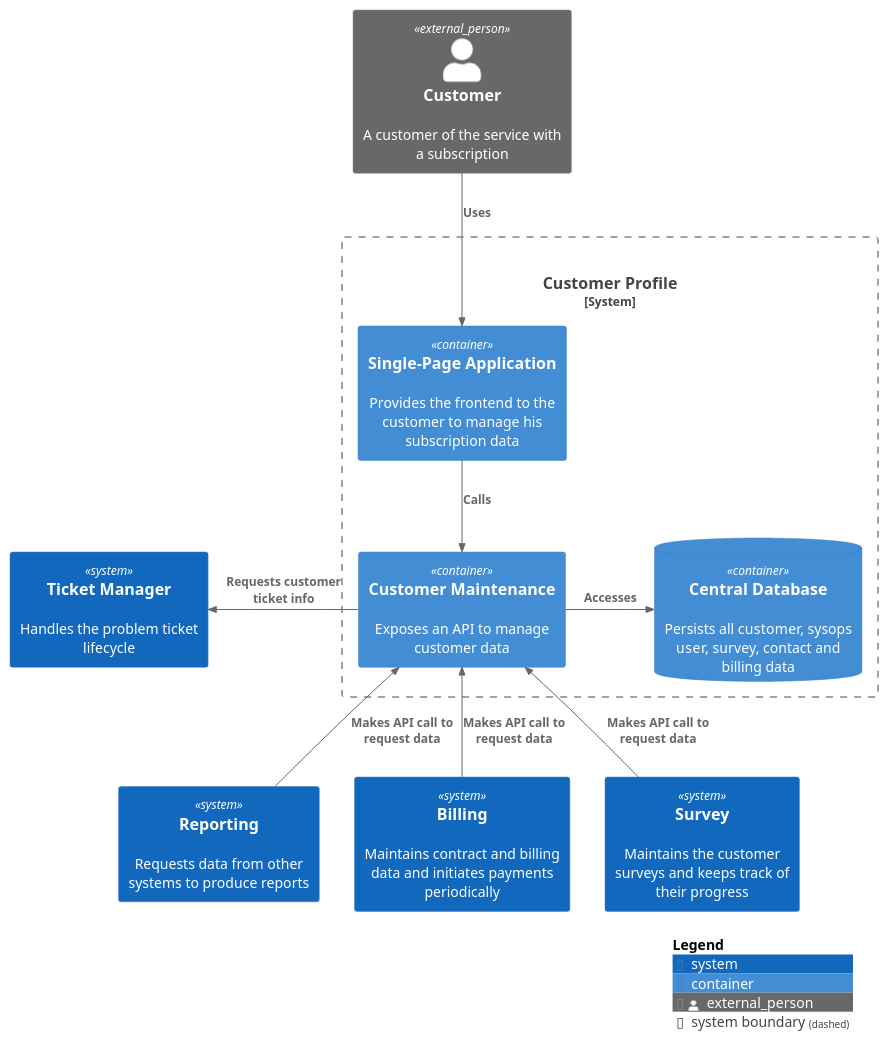
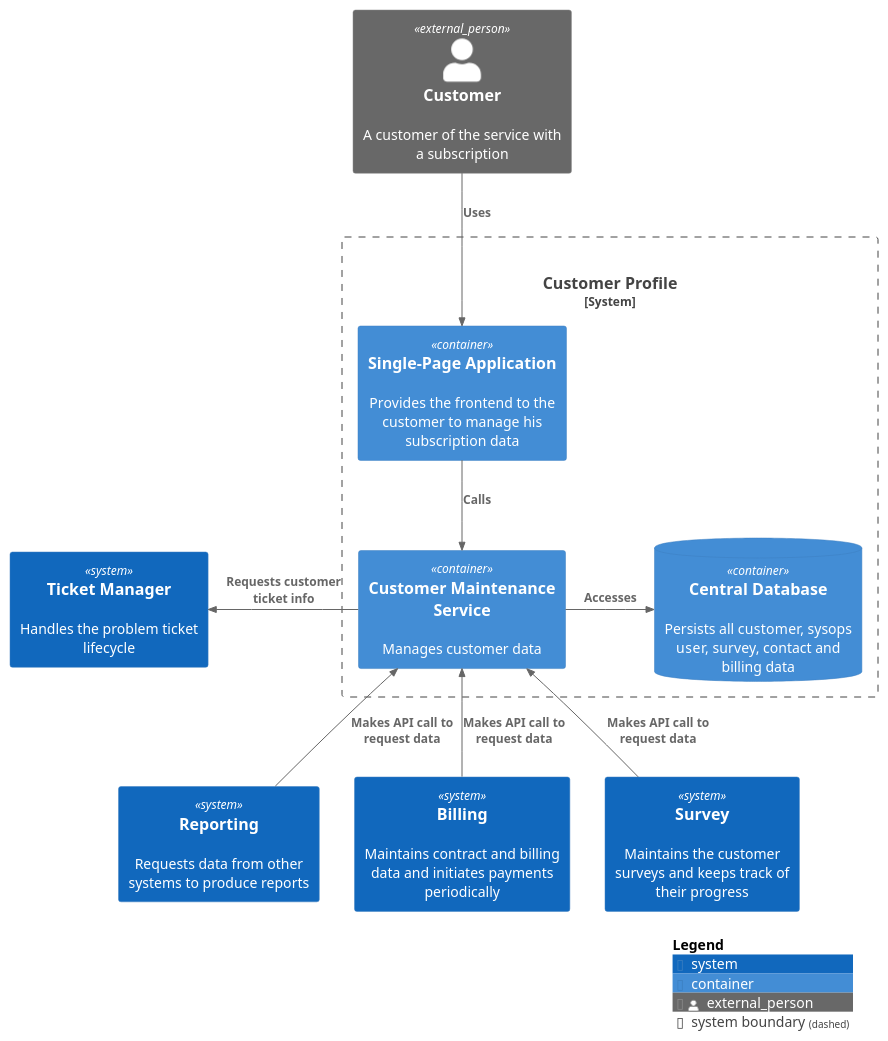
Before and after one commit to gantonopoulos/ganymed: the diagram in Doc/Diagrams/2. Containers/CustomerProfileSystem/CustomerProfileSystem.md, drawn with PlantUML. The commit also changed 2 other files, not shown here.

Commit message:
Adds the billing system diagram

````diff
--- a/Doc/Diagrams/2. Containers/CustomerProfileSystem/CustomerProfileSystem.md
+++ b/Doc/Diagrams/2. Containers/CustomerProfileSystem/CustomerProfileSystem.md
@@ -3,30 +3,30 @@
 ```plantuml
 
 @startuml 
 !includeurl https://raw.githubusercontent.com/plantuml-stdlib/C4-PlantUML/v2.2.0/C4_Context.puml
 !includeurl https://raw.githubusercontent.com/plantuml-stdlib/C4-PlantUML/v2.2.0/C4_Container.puml
 !includeurl https://raw.githubusercontent.com/plantuml-stdlib/C4-PlantUML/v2.2.0/C4_Component.puml
 
 Person_Ext(customer, "Customer", "A customer of the service with a subscription")
 System(reporting, "Reporting","Requests data from other systems to produce reports")
 System(billing, "Billing", "Maintains contract and billing data and initiates payments periodically")
 System(survey, "Survey", "Maintains the customer surveys and keeps track of their progress")
 System(ticketManagement, "Ticket Manager", "Handles the problem ticket lifecycle")
 System_Boundary(customerProfile,"Customer Profile"){
-    Container(customerManager, "Customer Maintenance", "", "Exposes an API to manage customer data")
+    Container(customerManager, "Customer Maintenance Service", "", "Manages customer data")
     ContainerDb(centralDb, "Central Database", "", "Persists all customer, sysops user, survey, contact and billing data")
     Container(userApp, "Single-Page Application", "", "Provides the frontend to the customer to manage his subscription data")
 }
 
 Rel_D(customer, userApp, "Uses")
 Rel_D(userApp, customerManager, "Calls")
 Rel_R(customerManager, centralDb, "Accesses")
 Rel_U(reporting, customerManager, "Makes API call to request data")
 Rel_U(billing, customerManager, "Makes API call to request data")
 Rel_L(customerManager, ticketManagement, "Requests customer ticket info")
 Rel_U(survey, customerManager, "Makes API call to request data")
 
 SHOW_LEGEND(false)
 @enduml
 
 ```
````
